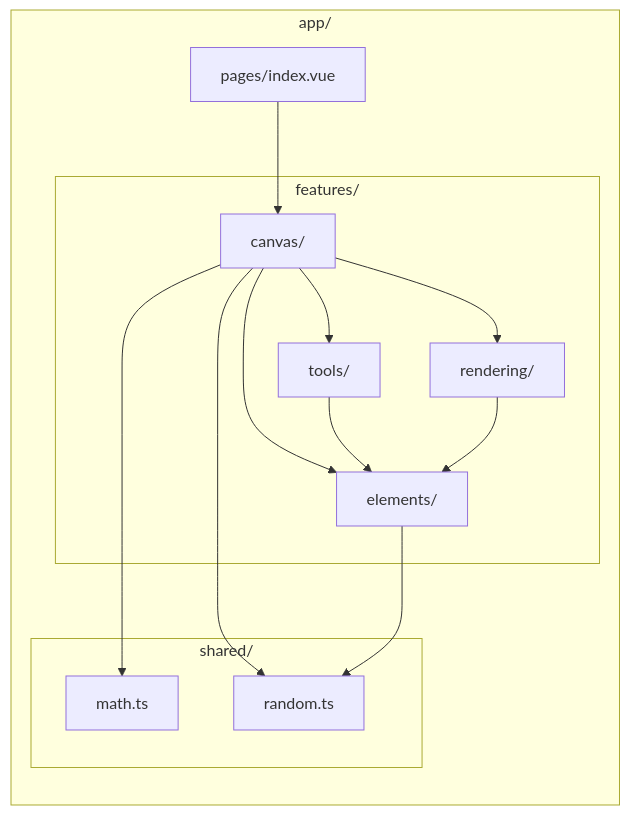
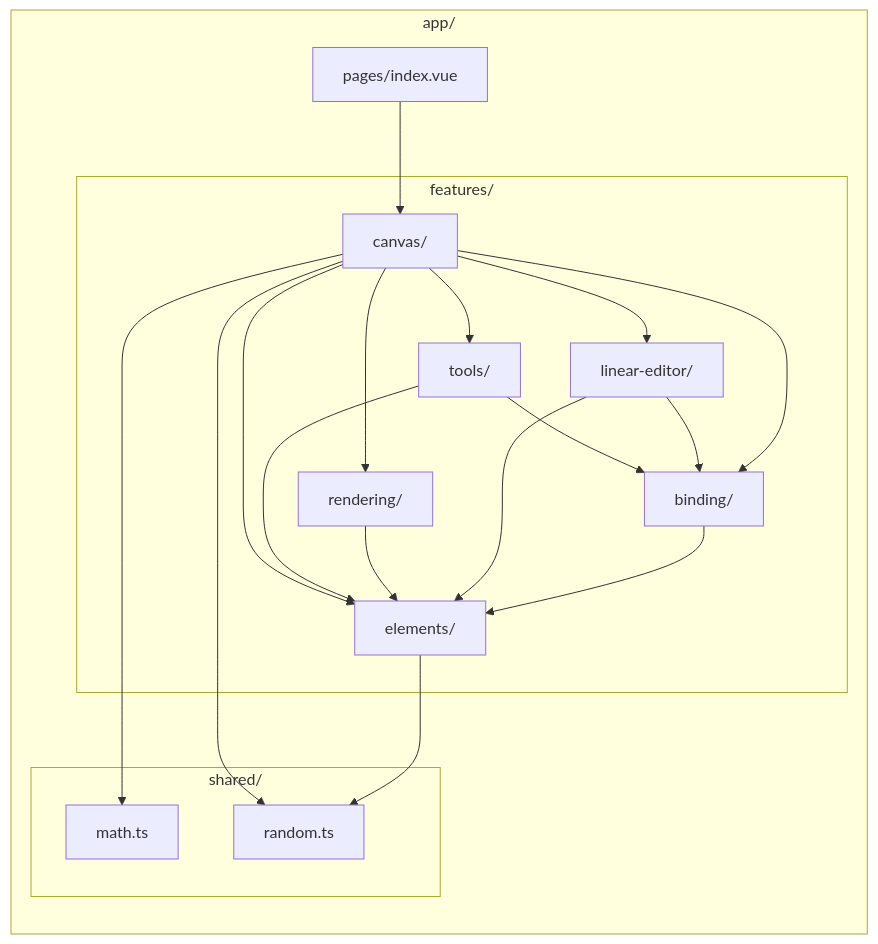
Before and after one commit to alexanderop/excalidrawNuxt: the fifth of 7 diagrams in docs/SYSTEM_KNOWLEDGE_MAP.md, drawn with Mermaid. The commit also changed other lines of this file and 39 other files, not shown here.

First line of the commit message:
feat(arrows): add binding, linear editor, and multi-point creation

````diff
--- a/docs/SYSTEM_KNOWLEDGE_MAP.md
+++ b/docs/SYSTEM_KNOWLEDGE_MAP.md
@@ -144,26 +156,34 @@
 ```mermaid
 graph LR
     subgraph "app/"
         Pages[pages/index.vue]
         subgraph "features/"
             Canvas[canvas/]
             Elements[elements/]
             Rendering[rendering/]
             Tools[tools/]
+            LinearEditor[linear-editor/]
+            Binding[binding/]
         end
         subgraph "shared/"
             Math[math.ts]
             Random[random.ts]
         end
     end
 
     Pages --> Canvas
     Canvas --> Elements
     Canvas --> Rendering
     Canvas --> Tools
     Tools --> Elements
     Rendering --> Elements
+    LinearEditor --> Elements
+    Binding --> Elements
+    Tools --> Binding
+    LinearEditor --> Binding
+    Canvas --> Binding
+    Canvas --> LinearEditor
     Canvas --> Math
     Canvas --> Random
     Elements --> Random
 ```
````
